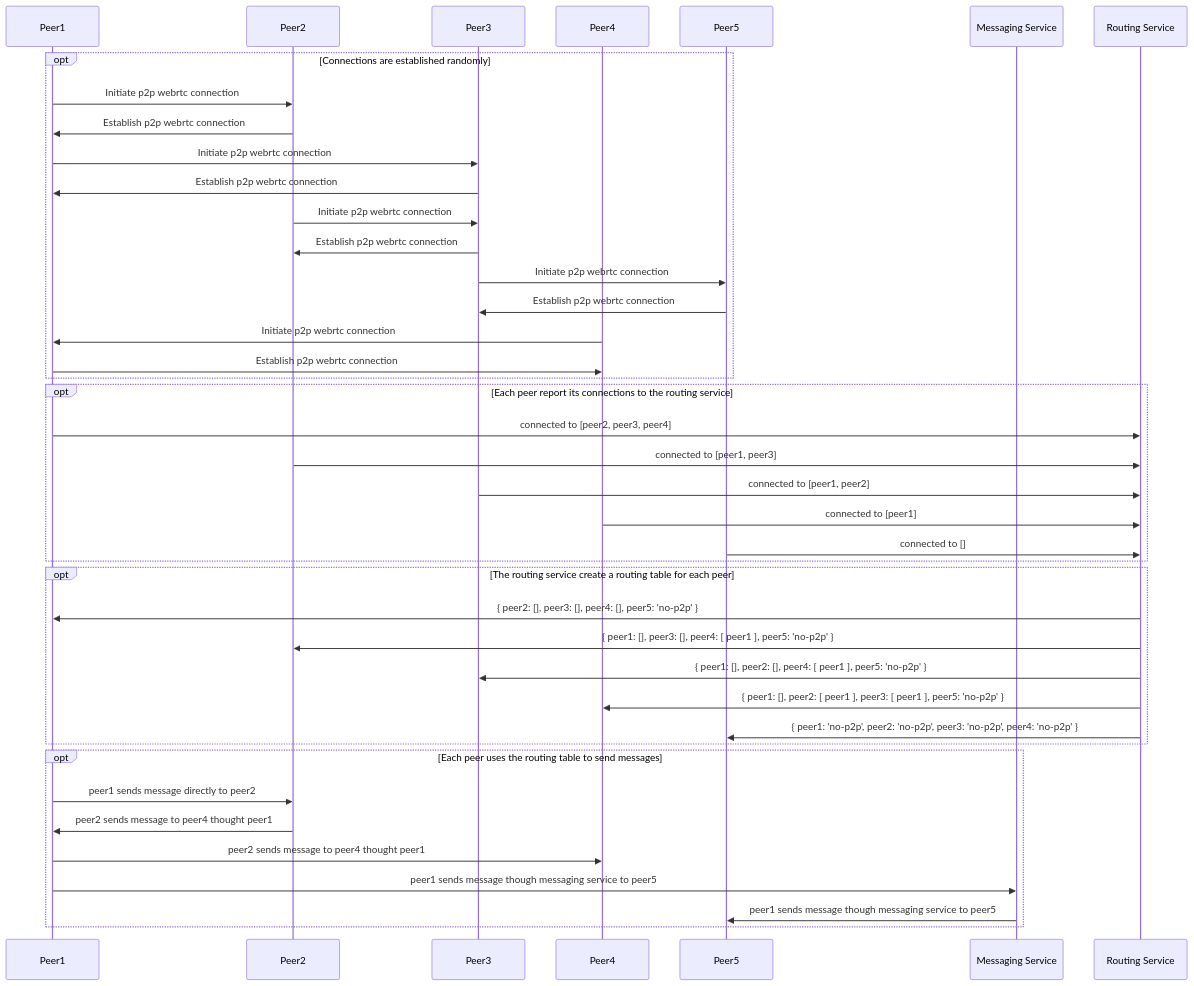
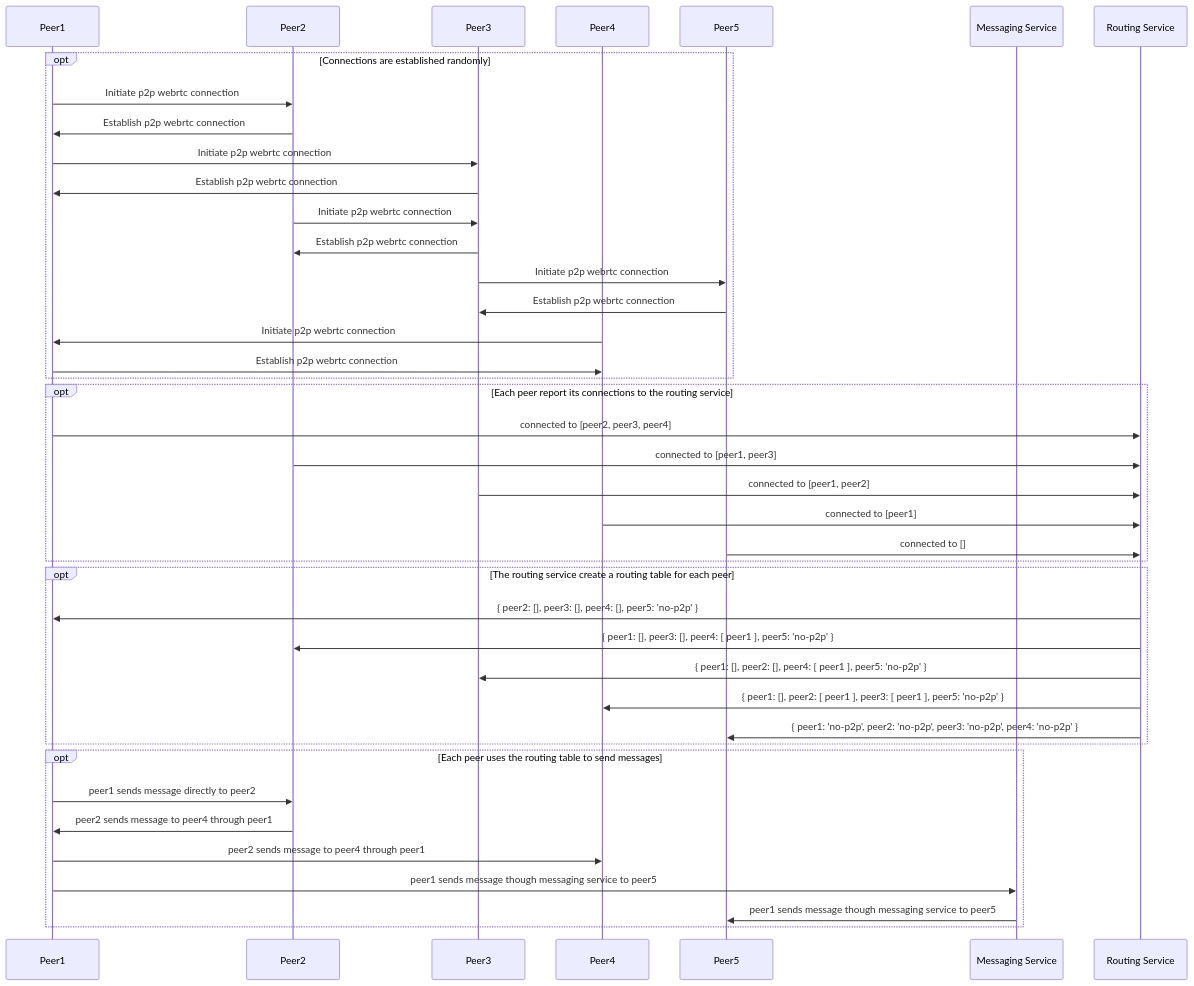
One commit to decentraland/adr changed the diagram in RFC/RFC-13-p2p-adapter.md. Above: the diagram before and after it, drawn with Mermaid. The commit also changed other lines of this file, not shown here.

````diff
--- a/RFC/RFC-13-p2p-adapter.md
+++ b/RFC/RFC-13-p2p-adapter.md
@@ -73,51 +73,51 @@
 ```mermaid
 sequenceDiagram
     participant Peer1
     participant Peer2
     participant Peer3
     participant Peer4
     participant Peer5
     participant MS as Messaging Service
     participant RS as Routing Service
 
     opt Connections are established randomly
       Peer1->>Peer2: Initiate p2p webrtc connection
       Peer2->>Peer1: Establish p2p webrtc connection
 
       Peer1->>Peer3: Initiate p2p webrtc connection
       Peer3->>Peer1: Establish p2p webrtc connection
 
       Peer2->>Peer3: Initiate p2p webrtc connection
       Peer3->>Peer2: Establish p2p webrtc connection
 
       Peer3->>Peer5: Initiate p2p webrtc connection
       Peer5->>Peer3: Establish p2p webrtc connection
 
       Peer4->>Peer1: Initiate p2p webrtc connection
       Peer1->>Peer4: Establish p2p webrtc connection
     end
 
     opt Each peer report its connections to the routing service
       Peer1->>RS: connected to [peer2, peer3, peer4]
       Peer2->>RS: connected to [peer1, peer3]
       Peer3->>RS: connected to [peer1, peer2]
       Peer4->>RS: connected to [peer1]
       Peer5->>RS: connected to []
     end
     
     opt The routing service create a routing table for each peer
       RS->>Peer1: { peer2: [], peer3: [], peer4: [], peer5: 'no-p2p' }
       RS->>Peer2: { peer1: [], peer3: [], peer4: [ peer1 ], peer5: 'no-p2p' }
       RS->>Peer3: { peer1: [], peer2: [], peer4: [ peer1 ], peer5: 'no-p2p' }
       RS->>Peer4: { peer1: [], peer2: [ peer1 ], peer3: [ peer1 ], peer5: 'no-p2p' }
       RS->>Peer5: { peer1: 'no-p2p', peer2: 'no-p2p', peer3: 'no-p2p', peer4: 'no-p2p' }
     end
     
     opt Each peer uses the routing table to send messages
       Peer1->>Peer2: peer1 sends message directly to peer2
-      Peer2->>Peer1: peer2 sends message to peer4 thought peer1
-      Peer1->>Peer4: peer2 sends message to peer4 thought peer1
+      Peer2->>Peer1: peer2 sends message to peer4 through peer1
+      Peer1->>Peer4: peer2 sends message to peer4 through peer1
       Peer1->>MS: peer1 sends message though messaging service to peer5
       MS->>Peer5: peer1 sends message though messaging service to peer5
     end
 ```
````
